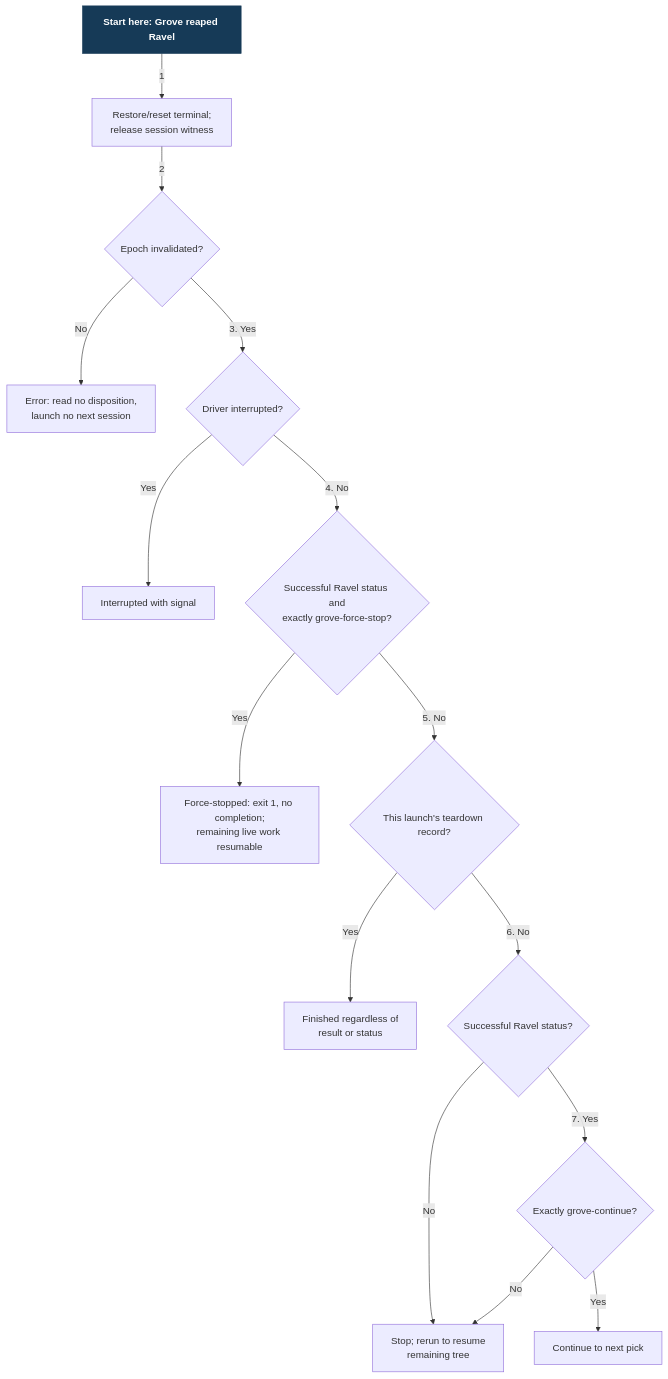
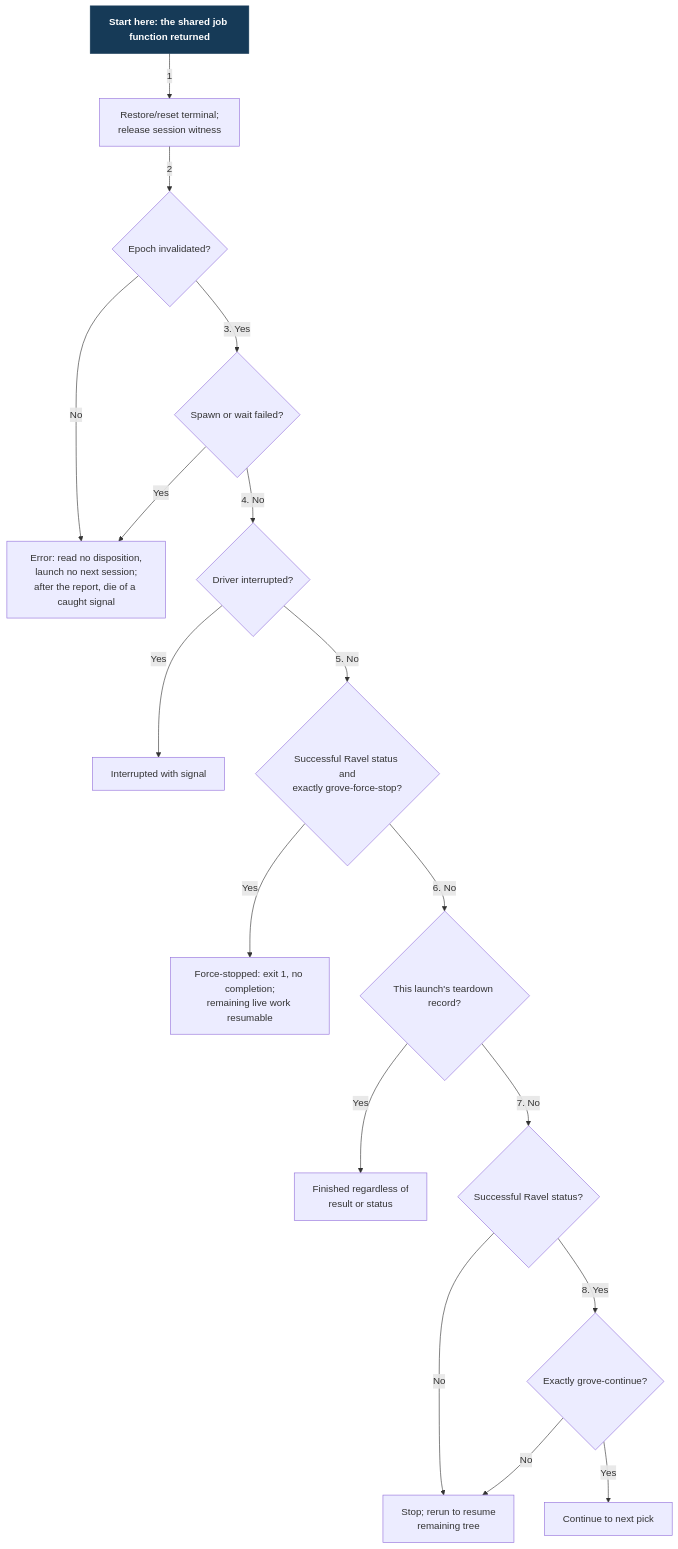
One commit to Linkuistics/grove changed the diagram in docs/design/harness-selection-and-execution/loop-decision.mmd. Above: the diagram before and after it, drawn with Mermaid. The commit also changed 9 other files, not shown here.

```diff
--- a/docs/design/harness-selection-and-execution/loop-decision.mmd
+++ b/docs/design/harness-selection-and-execution/loop-decision.mmd
@@ -1,36 +1,40 @@
 flowchart TB
-  Start["Start here: Grove reaped Ravel"]:::start
+  Start["Start here: the shared job function returned"]:::start
   Restore["Restore/reset terminal;
 release session witness"]
   Epoch{"Epoch invalidated?"}
+  Failed{"Spawn or wait failed?"}
   Fatal["Error: read no disposition,
-launch no next session"]
+launch no next session;
+after the report, die of a caught signal"]
   Interrupt{"Driver interrupted?"}
   Interrupted["Interrupted with signal"]
   ForceStop{"Successful Ravel status and
 exactly grove-force-stop?"}
   ForceStopped["Force-stopped: exit 1, no completion;
 remaining live work resumable"]
   Teardown{"This launch's teardown record?"}
   Finished["Finished regardless of
 result or status"]
   Status{"Successful Ravel status?"}
   Result{"Exactly grove-continue?"}
   Continue["Continue to next pick"]
   Stop["Stop; rerun to resume
 remaining tree"]
   Start -->|"1"| Restore
   Restore -->|"2"| Epoch
   Epoch -->|"No"| Fatal
-  Epoch -->|"3. Yes"| Interrupt
+  Epoch -->|"3. Yes"| Failed
+  Failed -->|"Yes"| Fatal
+  Failed -->|"4. No"| Interrupt
   Interrupt -->|"Yes"| Interrupted
-  Interrupt -->|"4. No"| ForceStop
+  Interrupt -->|"5. No"| ForceStop
   ForceStop -->|"Yes"| ForceStopped
-  ForceStop -->|"5. No"| Teardown
+  ForceStop -->|"6. No"| Teardown
   Teardown -->|"Yes"| Finished
-  Teardown -->|"6. No"| Status
+  Teardown -->|"7. No"| Status
   Status -->|"No"| Stop
-  Status -->|"7. Yes"| Result
+  Status -->|"8. Yes"| Result
   Result -->|"Yes"| Continue
   Result -->|"No"| Stop
   classDef start fill:#163a57,color:#fff,stroke:#163a57,font-weight:bold
```
